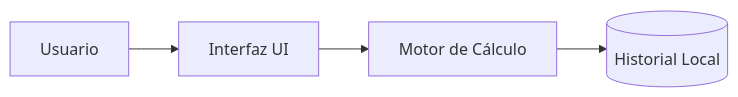
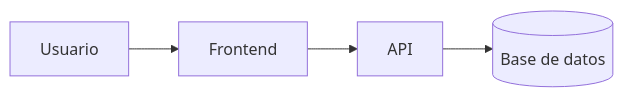
One commit to sebastianmr-eng/laboratorio-readme changed the diagram in README.md. Above: the diagram before and after it, drawn with Mermaid. The commit also changed other lines of this file, not shown here.

Commit message:
Agrega tabla, checklist, badge y diagrama al README

````diff
--- a/README.md
+++ b/README.md
@@ -42,6 +25,6 @@
 ```mermaid
 graph LR
-    A[Usuario] --> B[Interfaz UI]
-    B --> C[Motor de Cálculo]
-    C --> D[(Historial Local)]
+    A[Usuario] --> B[Frontend]
+    B --> C[API]
+    C --> D[(Base de datos)]
 ```
````
